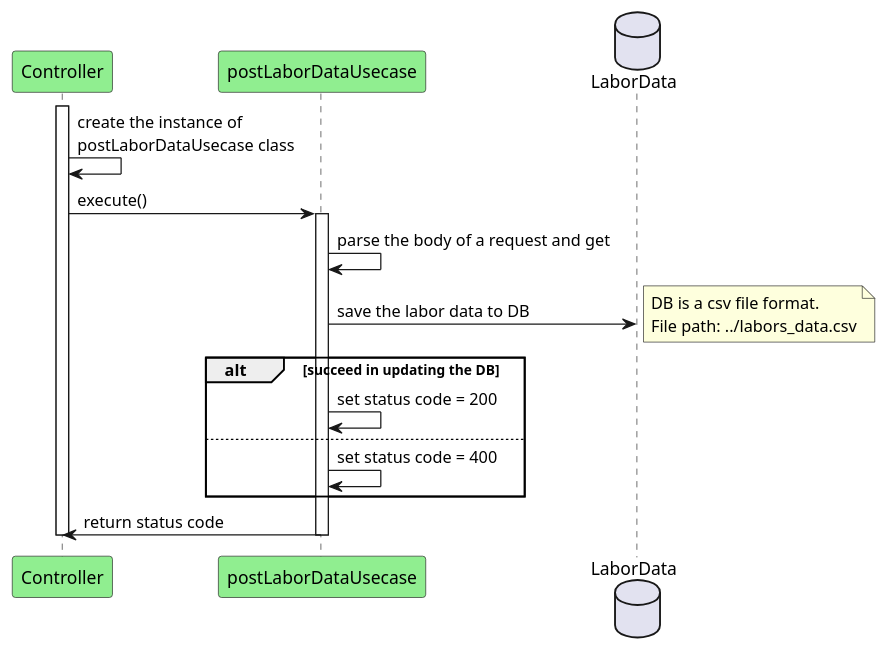
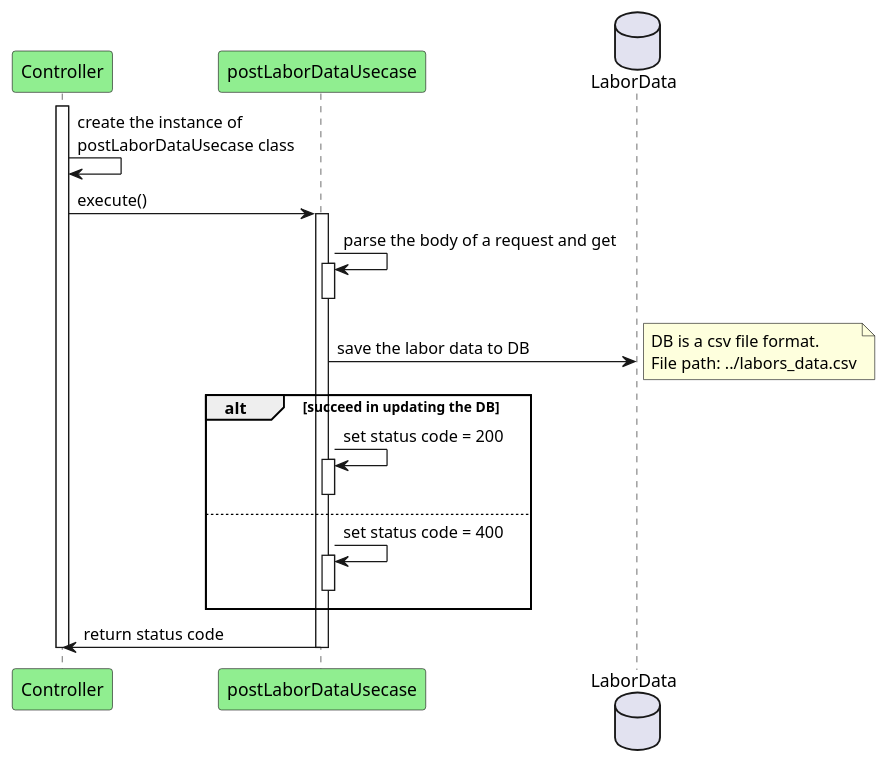
One commit to TS-1224/CS361-PDMS changed the third of 5 diagrams in README.md. Above: the diagram before and after it, drawn with PlantUML. The commit also changed other lines of this file, not shown here.

````diff
--- a/README.md
+++ b/README.md
@@ -134,34 +152,41 @@
 ```plantuml
 @startuml
 
 ' Participants
 Participant Controller as cont #LightGreen
 Participant postLaborDataUsecase as uc #LightGreen
 database LaborData as db
 
 activate cont
 
 cont -> cont: create the instance of \npostLaborDataUsecase class
 cont -> uc: execute()
 
 activate uc
 uc -> uc: parse the body of a request and get
+activate uc
+deactivate uc
+
 uc -> db: save the labor data to DB
 
 note right
  DB is a csv file format.
  File path: ../labors_data.csv
 end note
 
 alt succeed in updating the DB
     uc -> uc: set status code = 200
+    activate uc
+    deactivate uc
 else
     uc -> uc: set status code = 400
+    activate uc
+    deactivate uc   
 end
 
 cont <- uc: return status code
 
 deactivate uc
 deactivate cont
 @enduml
 ```
````
